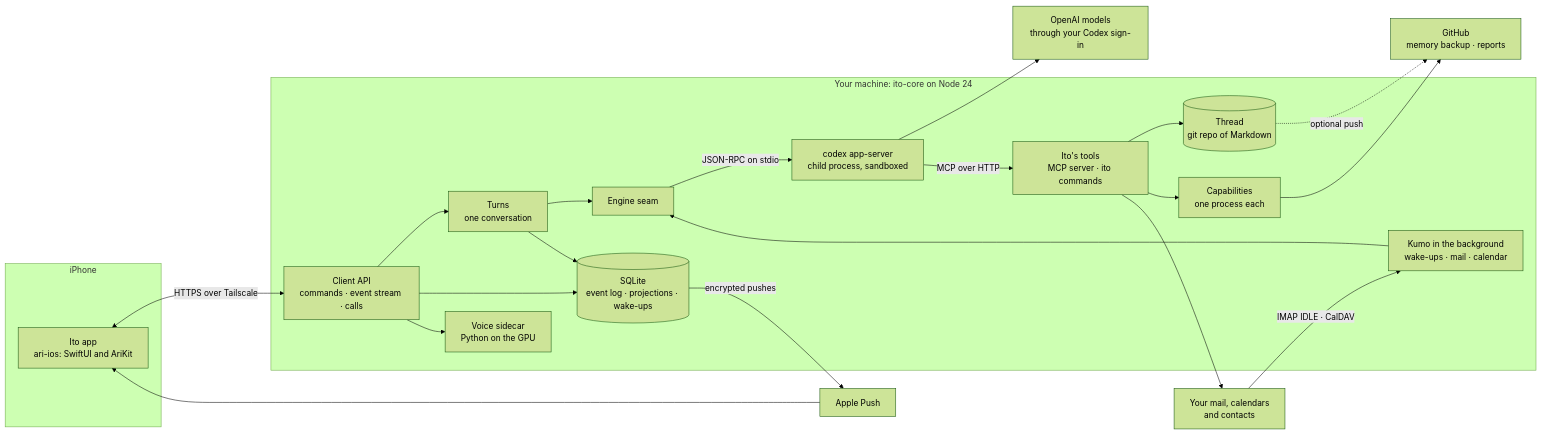
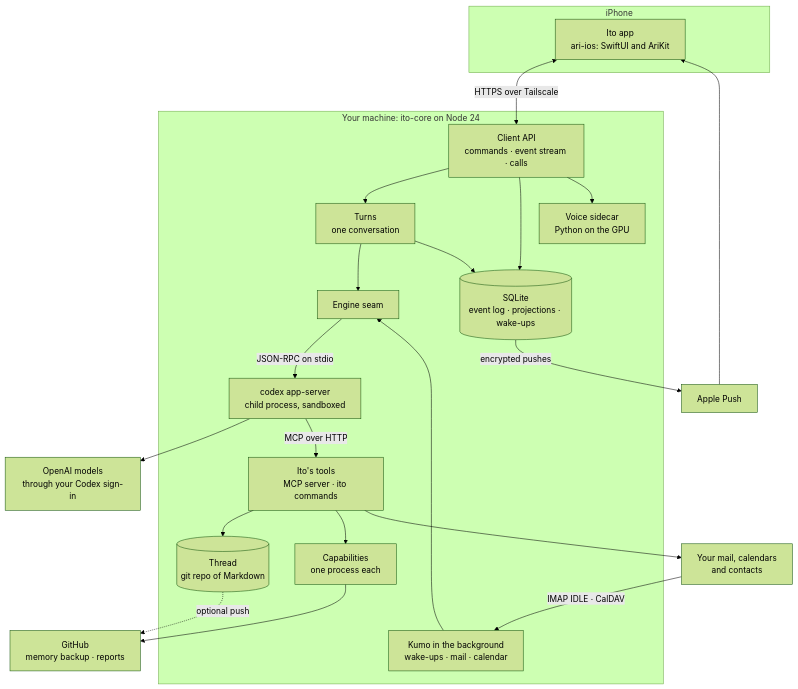
The diagram in README.md (akai-ito/ito-core), drawn with Mermaid (forest theme) before and after one commit.

Commit message:
docs: draw the architecture top to bottom
Left to right, the diagram renders wide and small at the README's width, with long crossing edges; top to bottom it reads at full size, from the phone down to the services the box reaches.

````diff
--- a/README.md
+++ b/README.md
@@ -101,38 +101,38 @@
 ```mermaid
-flowchart LR
+flowchart TB
   subgraph phone["iPhone"]
     app["Ito app<br/>ari-ios: SwiftUI and AriKit"]
   end
   subgraph box["Your machine: ito-core on Node 24"]
     api["Client API<br/>commands · event stream · calls"]
     turns["Turns<br/>one conversation"]
     store[("SQLite<br/>event log · projections · wake-ups")]
     kumo["Kumo in the background<br/>wake-ups · mail · calendar"]
     engine["Engine seam"]
     codex["codex app-server<br/>child process, sandboxed"]
     tools["Ito's tools<br/>MCP server · ito commands"]
     thread[("Thread<br/>git repo of Markdown")]
     caps["Capabilities<br/>one process each"]
     voice["Voice sidecar<br/>Python on the GPU"]
   end
   models["OpenAI models<br/>through your Codex sign-in"]
   accounts["Your mail, calendars<br/>and contacts"]
   apns["Apple Push"]
   github["GitHub<br/>memory backup · reports"]
 
   app <-->|"HTTPS over Tailscale"| api
   api --> turns --> engine
   api --> store
   turns --> store
   kumo --> engine
   engine -->|"JSON-RPC on stdio"| codex --> models
   codex -->|"MCP over HTTP"| tools
   tools --> thread
   tools --> caps
   tools --> accounts
   accounts -->|"IMAP IDLE · CalDAV"| kumo
   api --> voice
   store -->|"encrypted pushes"| apns --> app
   thread -.->|"optional push"| github
   caps --> github
 ```
````
